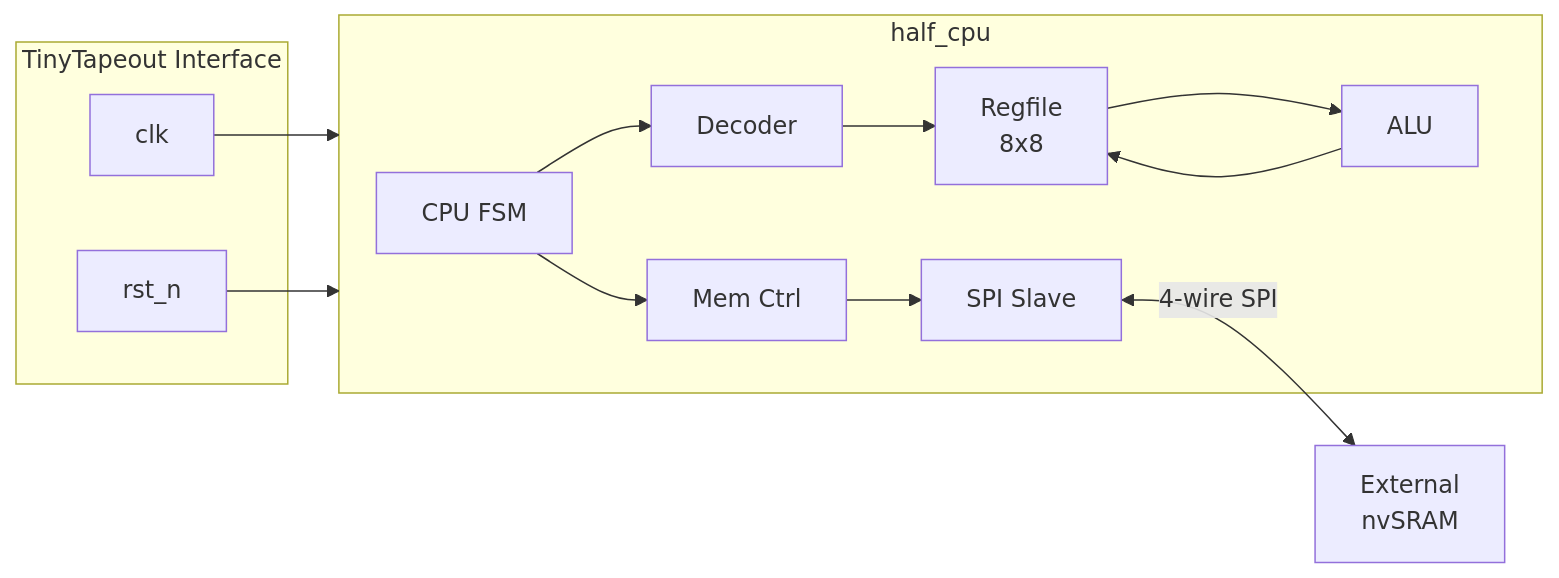
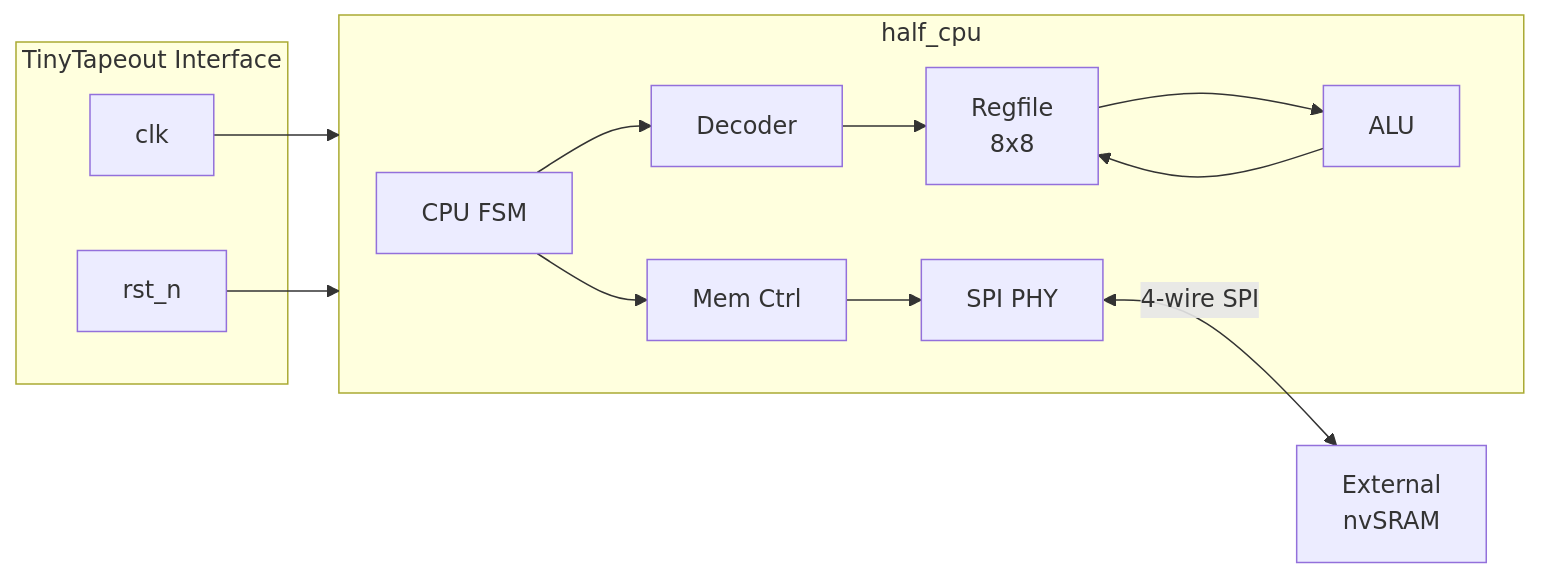
The second of 2 diagrams in README.md (anonkey/tiny), drawn with Mermaid before and after one commit. The commit also changed other lines of this file and 17 other files, not shown here.

First line of the commit message:
refactor: Rename spi_slave to spi_phy

````diff
--- a/README.md
+++ b/README.md
@@ -34,20 +34,20 @@
 ```mermaid
 flowchart LR
     subgraph TT ["TinyTapeout Interface"]
         CLK["clk"]
         RST["rst_n"]
     end
 
     subgraph HALF ["half_cpu"]
         FSM["CPU FSM"] --> MC["Mem Ctrl"]
-        MC --> SPI["SPI Slave"]
+        MC --> SPI["SPI PHY"]
         FSM --> DEC2["Decoder"]
         DEC2 --> RF2["Regfile\n8x8"]
         RF2 --> ALU2["ALU"]
         ALU2 --> RF2
     end
 
     CLK --> HALF
     RST --> HALF
     SPI <-->|"4-wire SPI"| NVSRAM["External\nnvSRAM"]
 ```
````
